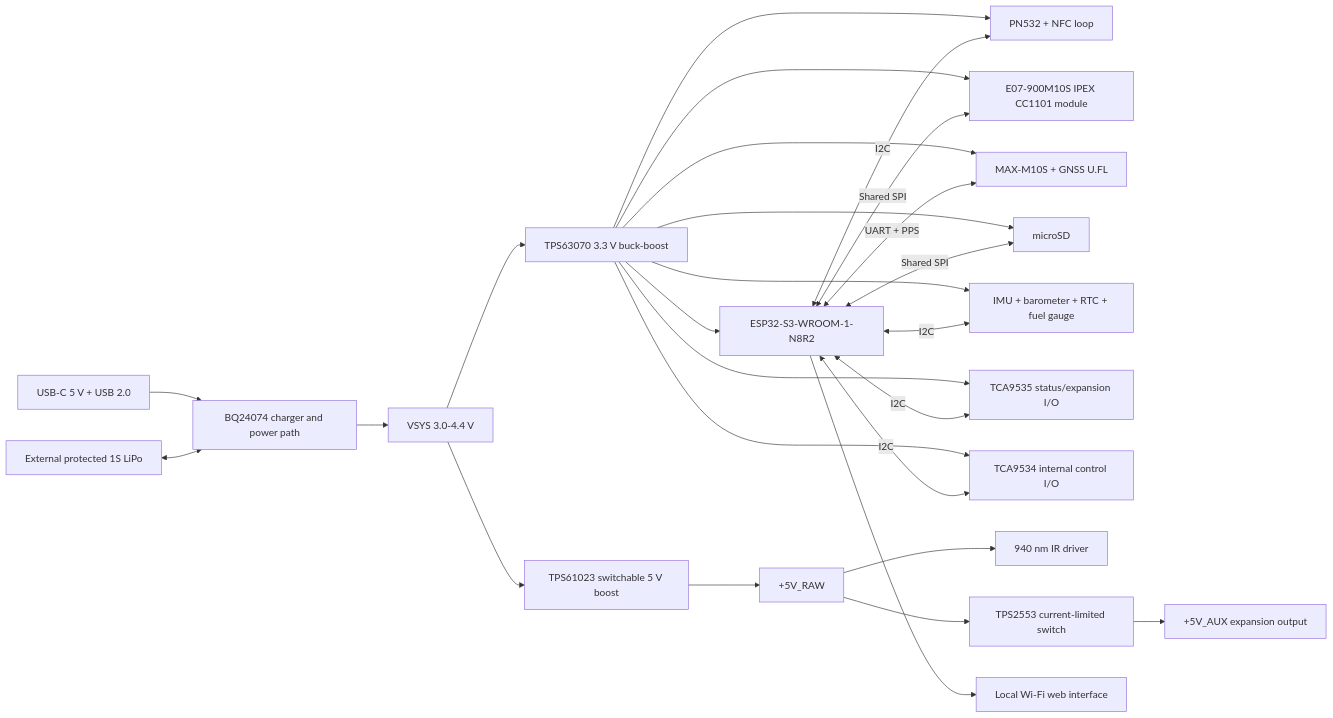
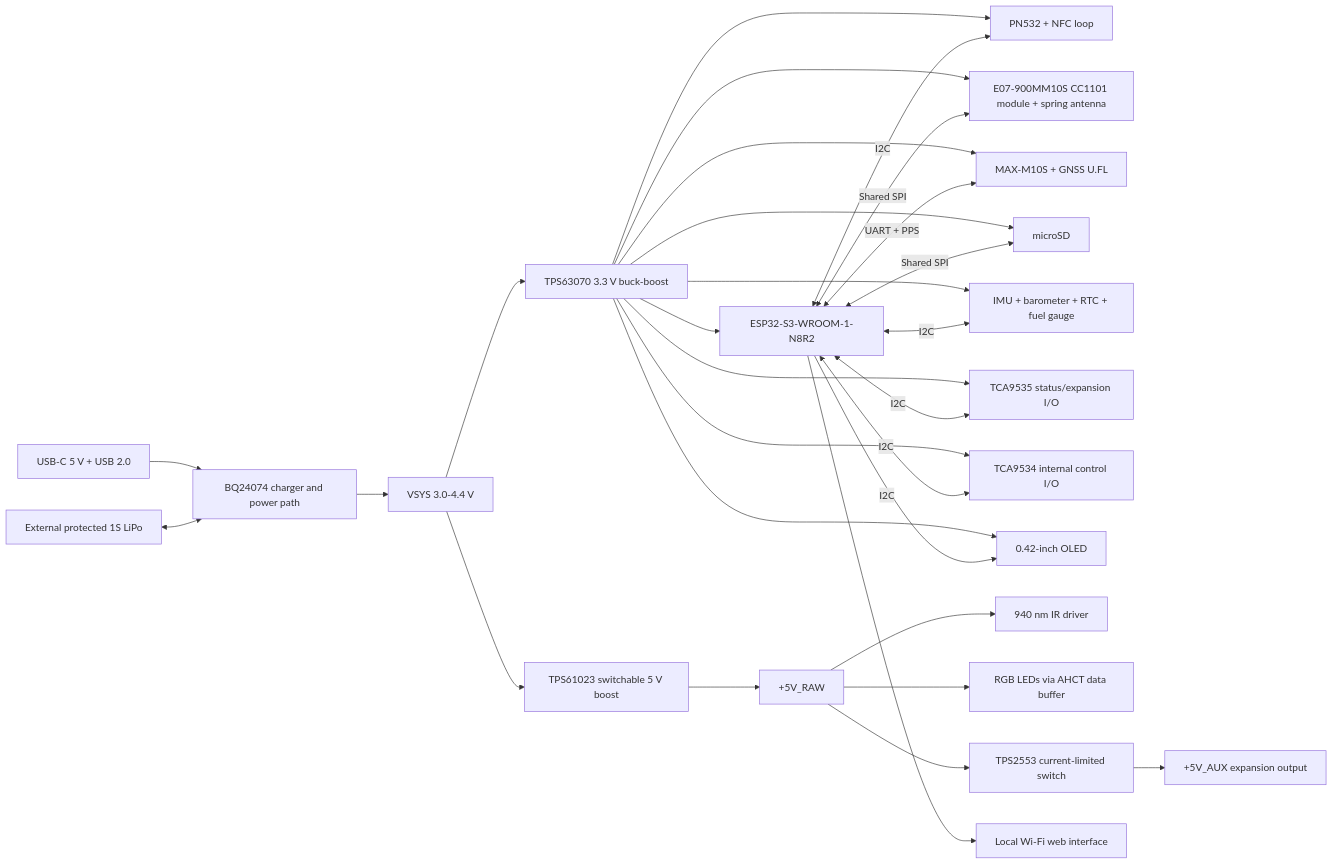
Before and after one commit to Jebroa774/PocketLab-Card: the diagram in docs/architecture.md, drawn with Mermaid. The commit also changed other lines of this file and 52 other files, not shown here.

````diff
--- a/docs/architecture.md
+++ b/docs/architecture.md
@@ -5,31 +5,34 @@
 ```mermaid
 flowchart LR
     USB[USB-C 5 V + USB 2.0] --> CHG[BQ24074 charger and power path]
     BAT[External protected 1S LiPo] <--> CHG
     CHG --> SYS[VSYS 3.0-4.4 V]
     SYS --> REG33[TPS63070 3.3 V buck-boost]
     SYS --> REG5[TPS61023 switchable 5 V boost]
 
     REG33 --> MCU[ESP32-S3-WROOM-1-N8R2]
     REG33 --> NFC[PN532 + NFC loop]
-    REG33 --> SUB[E07-900M10S IPEX CC1101 module]
+    REG33 --> SUB[E07-900MM10S CC1101 module + spring antenna]
     REG33 --> GPS[MAX-M10S + GNSS U.FL]
     REG33 --> SD[microSD]
     REG33 --> SENS[IMU + barometer + RTC + fuel gauge]
     REG33 --> IOX[TCA9535 status/expansion I/O]
     REG33 --> CTL[TCA9534 internal control I/O]
+    REG33 --> OLED[0.42-inch OLED]
 
     REG5 --> RAW[+5V_RAW]
     RAW --> IR[940 nm IR driver]
+    RAW --> RGB[RGB LEDs via AHCT data buffer]
     RAW --> LIM[TPS2553 current-limited switch]
     LIM --> AUX[+5V_AUX expansion output]
 
     MCU <-->|I2C| NFC
     MCU <-->|I2C| SENS
     MCU <-->|I2C| IOX
     MCU <-->|I2C| CTL
+    MCU -->|I2C| OLED
     MCU <-->|Shared SPI| SUB
     MCU <-->|Shared SPI| SD
     MCU <-->|UART + PPS| GPS
     MCU --> WEB[Local Wi-Fi web interface]
 ```
````
